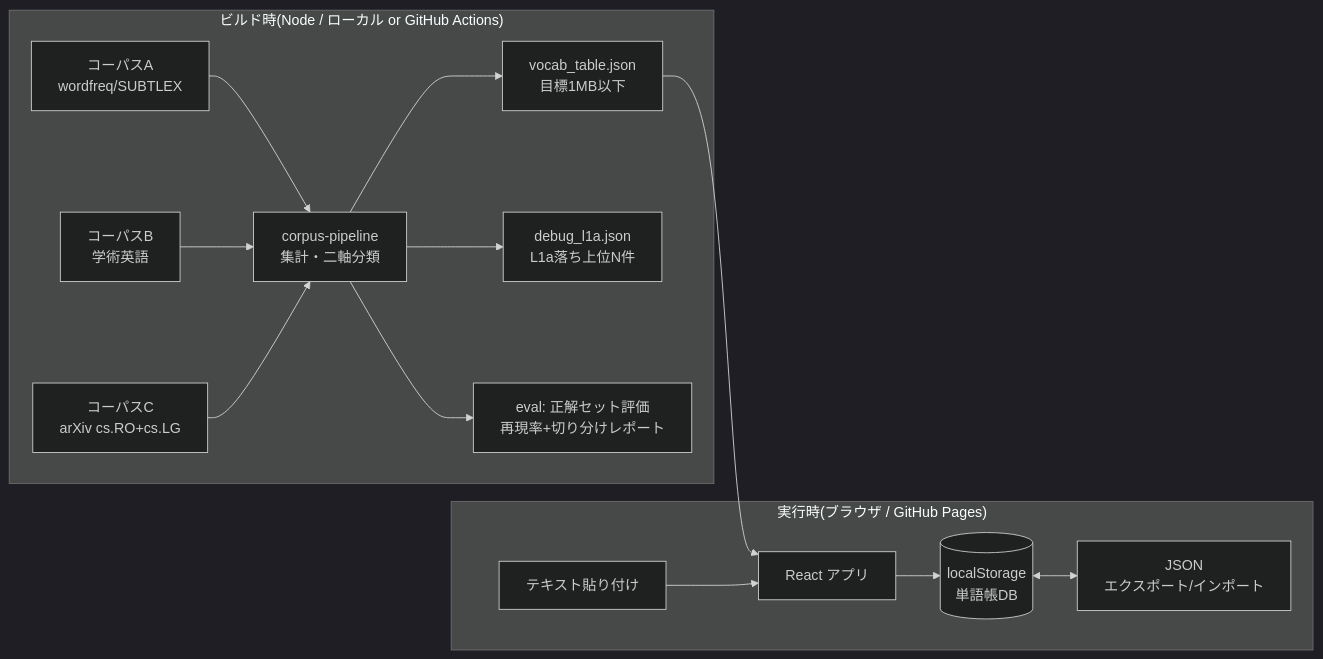
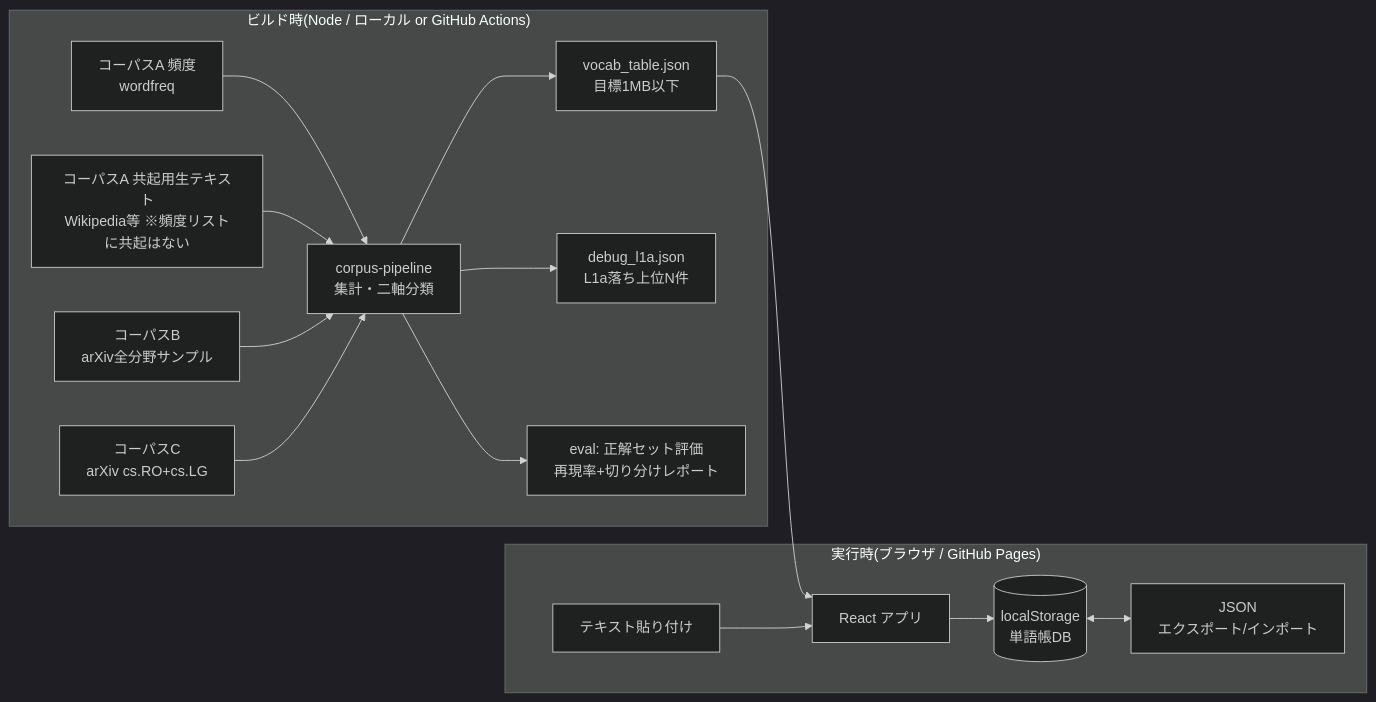
The first of 3 diagrams in docs/architecture.md (Jun-Jun0510/word-learning), drawn with Mermaid (dark theme) before and after one commit. The commit also changed other lines of this file and 1 other file, not shown here.

Commit message:
Phase 1: add algorithm.md (L3 detection design), sync architecture.md

````diff
--- a/docs/architecture.md
+++ b/docs/architecture.md
@@ -10,17 +10,18 @@
 ```mermaid
 flowchart LR
   subgraph build["ビルド時(Node / ローカル or GitHub Actions)"]
-    A[コーパスA<br/>wordfreq/SUBTLEX] --> P[corpus-pipeline<br/>集計・二軸分類]
-    B[コーパスB<br/>学術英語] --> P
+    A1[コーパスA 頻度<br/>wordfreq] --> P[corpus-pipeline<br/>集計・二軸分類]
+    A2[コーパスA 共起用生テキスト<br/>Wikipedia等 ※頻度リストに共起はない] --> P
+    B[コーパスB<br/>arXiv全分野サンプル] --> P
     C[コーパスC<br/>arXiv cs.RO+cs.LG] --> P
     P --> V[vocab_table.json<br/>目標1MB以下]
     P --> D[debug_l1a.json<br/>L1a落ち上位N件]
     P --> E[eval: 正解セット評価<br/>再現率+切り分けレポート]
   end
   subgraph runtime["実行時(ブラウザ / GitHub Pages)"]
     V --> APP[React アプリ]
     T[テキスト貼り付け] --> APP
     APP --> LS[(localStorage<br/>単語帳DB)]
     LS <--> IO[JSON<br/>エクスポート/インポート]
   end
 ```
````
